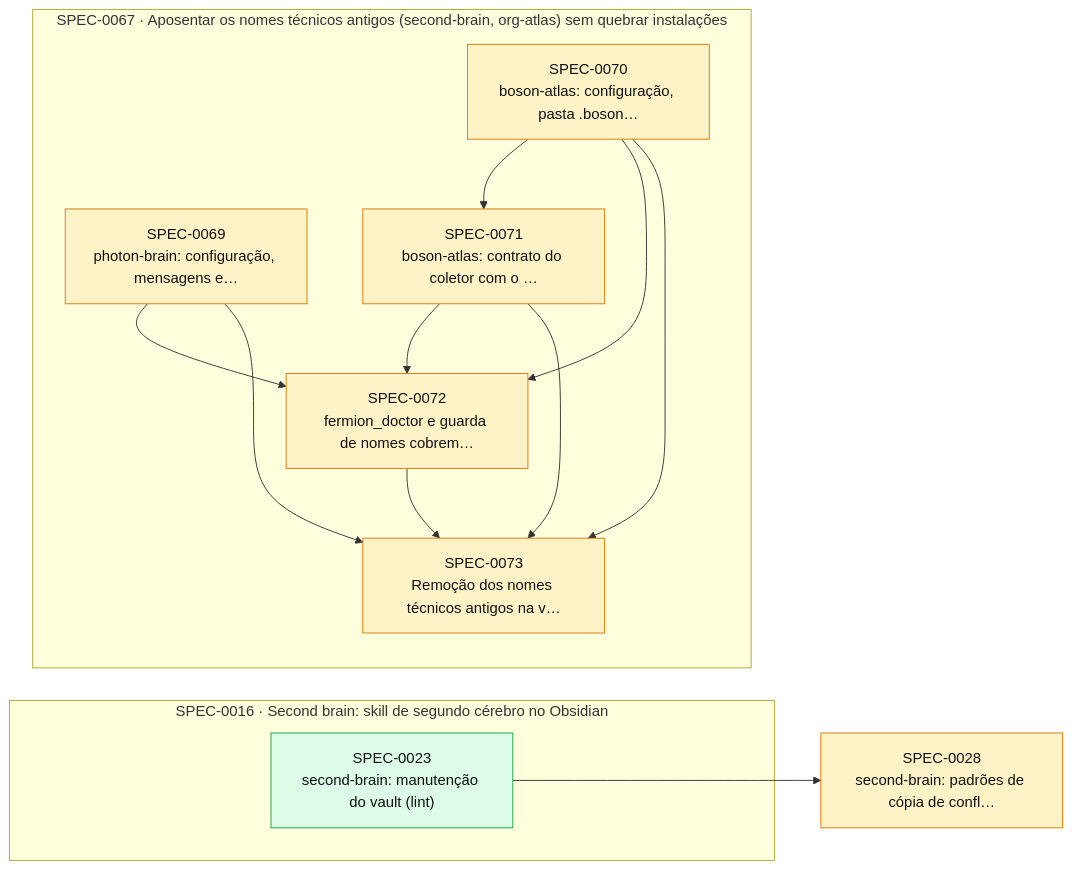
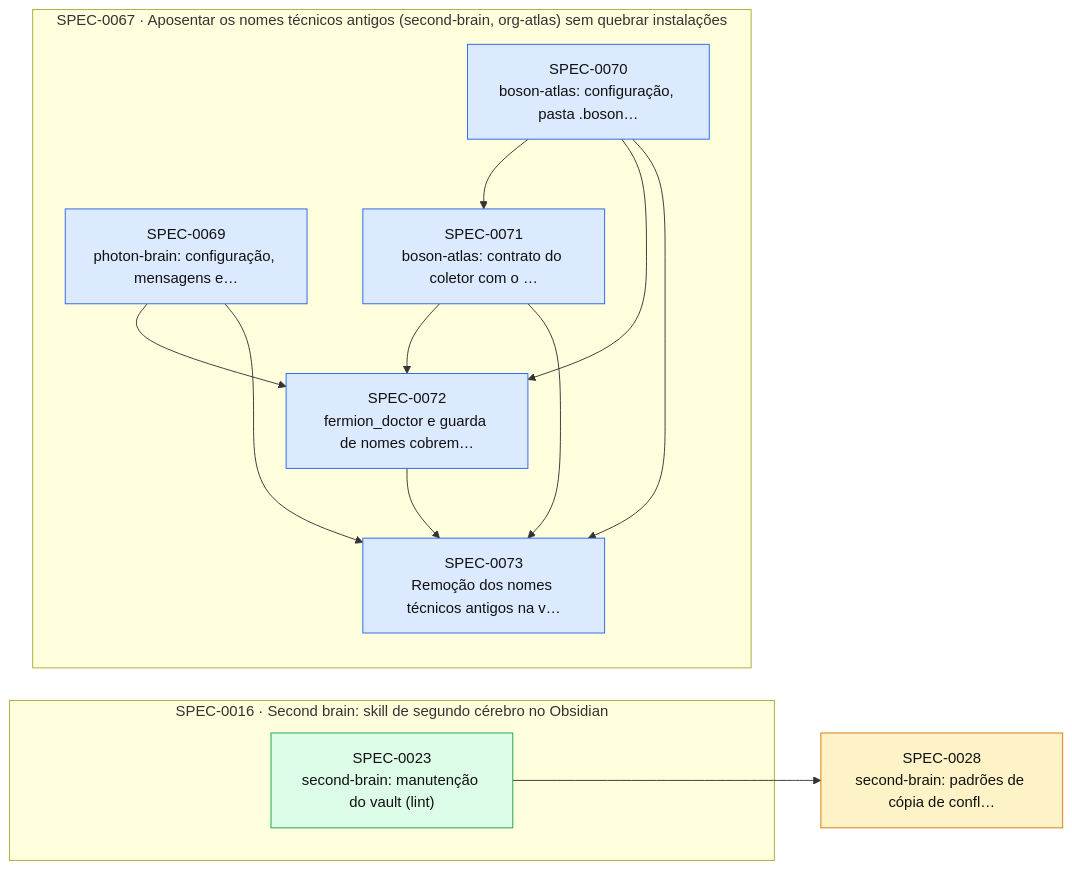
The diagram in docs/specs/INDEX.md (thomasravache/ai-dev-brain), drawn with Mermaid before and after one commit. The commit also changed other lines of this file and 7 other files, not shown here.

````diff
--- a/docs/specs/INDEX.md
+++ b/docs/specs/INDEX.md
@@ -56,28 +56,28 @@
 ```mermaid
 flowchart LR
   S0028["SPEC-0028<br/>second-brain: padrões de cópia de confl…"]:::proposed
   subgraph E0016["SPEC-0016 · Second brain: skill de segundo cérebro no Obsidian"]
     S0023["SPEC-0023<br/>second-brain: manutenção do vault (lint)"]:::implemented
   end
   subgraph E0067["SPEC-0067 · Aposentar os nomes técnicos antigos (second-brain, org-atlas) sem quebrar instalações"]
-    S0069["SPEC-0069<br/>photon-brain: configuração, mensagens e…"]:::proposed
-    S0070["SPEC-0070<br/>boson-atlas: configuração, pasta .boson…"]:::proposed
-    S0071["SPEC-0071<br/>boson-atlas: contrato do coletor com o …"]:::proposed
-    S0072["SPEC-0072<br/>fermion_doctor e guarda de nomes cobrem…"]:::proposed
-    S0073["SPEC-0073<br/>Remoção dos nomes técnicos antigos na v…"]:::proposed
+    S0069["SPEC-0069<br/>photon-brain: configuração, mensagens e…"]:::approved
+    S0070["SPEC-0070<br/>boson-atlas: configuração, pasta .boson…"]:::approved
+    S0071["SPEC-0071<br/>boson-atlas: contrato do coletor com o …"]:::approved
+    S0072["SPEC-0072<br/>fermion_doctor e guarda de nomes cobrem…"]:::approved
+    S0073["SPEC-0073<br/>Remoção dos nomes técnicos antigos na v…"]:::approved
   end
   S0023 --> S0028
   S0070 --> S0071
   S0069 --> S0072
   S0070 --> S0072
   S0071 --> S0072
   S0069 --> S0073
   S0070 --> S0073
   S0071 --> S0073
   S0072 --> S0073
   classDef proposed fill:#fef3c7,stroke:#d97706,color:#111
   classDef approved fill:#dbeafe,stroke:#2563eb,color:#111
   classDef inprogress fill:#ede9fe,stroke:#7c3aed,color:#111
   classDef implemented fill:#dcfce7,stroke:#16a34a,color:#111
   classDef deprecated fill:#f3f4f6,stroke:#9ca3af,color:#6b7280
 ```
````
